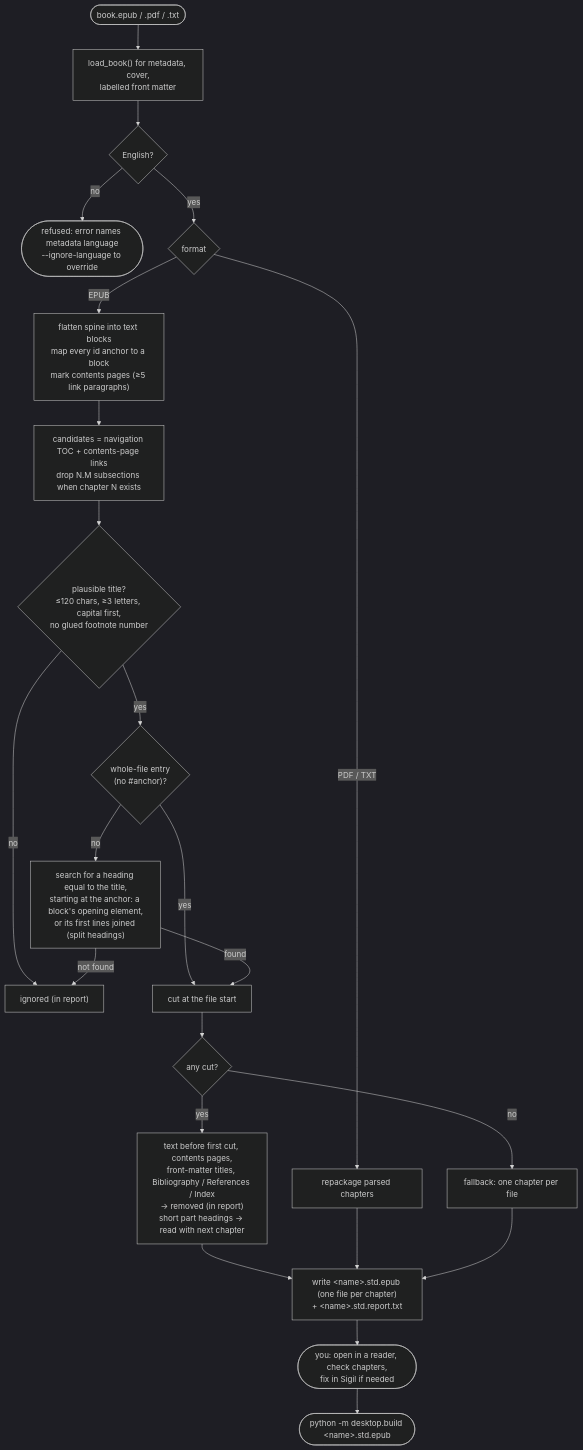
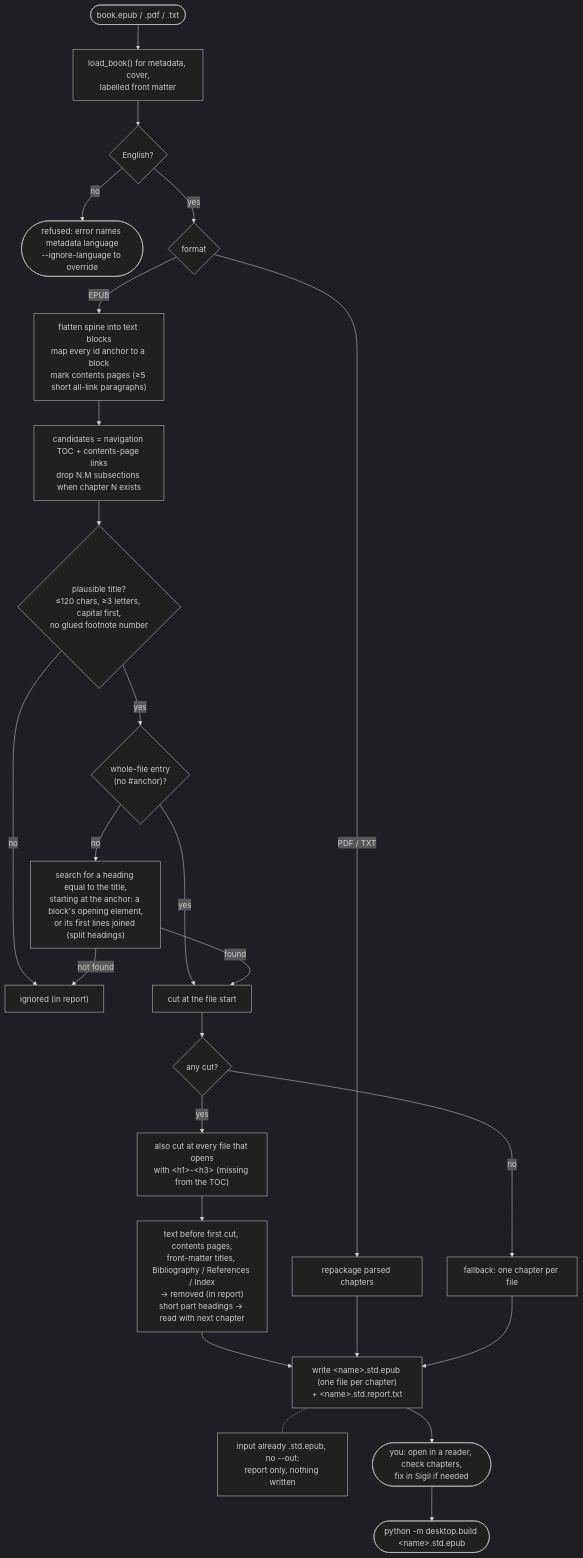
Before and after one commit to Fgkl10/ebook-convert-to-audio: the first of 6 diagrams in desktop/docs/workflow.md, drawn with Mermaid (dark theme). The commit also changed 4 other files, not shown here.

First line of the commit message:
Cleaner: keep chapters missing from sparse TOCs, repeated titles, endnotes

````diff
--- a/desktop/docs/workflow.md
+++ b/desktop/docs/workflow.md
@@ -7,25 +7,27 @@
 ```mermaid
 flowchart TD
     A([book.epub / .pdf / .txt]) --> L["load_book() for metadata, cover,<br/>labelled front matter"]
     L --> LANG{English?}
     LANG -- no --> X([refused: error names metadata language<br/>--ignore-language to override])
     LANG -- yes --> F{format}
     F -- "PDF / TXT" --> P["repackage parsed chapters"]
-    F -- EPUB --> B["flatten spine into text blocks<br/>map every id anchor to a block<br/>mark contents pages (≥5 link paragraphs)"]
+    F -- EPUB --> B["flatten spine into text blocks<br/>map every id anchor to a block<br/>mark contents pages (≥5 short all-link paragraphs)"]
     B --> C["candidates = navigation TOC + contents-page links<br/>drop N.M subsections when chapter N exists"]
     C --> D{"plausible title?<br/>≤120 chars, ≥3 letters, capital first,<br/>no glued footnote number"}
     D -- no --> IGN["ignored (in report)"]
     D -- yes --> E{"whole-file entry<br/>(no #anchor)?"}
     E -- yes --> CUT["cut at the file start"]
     E -- no --> H["search for a heading equal to the title,<br/>starting at the anchor: a block's opening element,<br/>or its first lines joined (split headings)"]
     H -- found --> CUT
     H -- "not found" --> IGN
     CUT --> G{"any cut?"}
     G -- no --> FB["fallback: one chapter per file"]
-    G -- yes --> R["text before first cut, contents pages,<br/>front-matter titles, Bibliography / References / Index<br/>→ removed (in report)<br/>short part headings → read with next chapter"]
+    G -- yes --> HF["also cut at every file that opens<br/>with &lt;h1&gt;-&lt;h3&gt; (missing from the TOC)"]
+    HF --> R["text before first cut, contents pages,<br/>front-matter titles, Bibliography / References / Index<br/>→ removed (in report)<br/>short part headings → read with next chapter"]
     R --> W
     P --> W
     FB --> W["write &lt;name&gt;.std.epub (one file per chapter)<br/>+ &lt;name&gt;.std.report.txt"]
+    W -.- KEEP["input already .std.epub, no --out:<br/>report only, nothing written"]
     W --> REV(["you: open in a reader, check chapters,<br/>fix in Sigil if needed"])
     REV --> BUILD(["python -m desktop.build &lt;name&gt;.std.epub"])
 ```
````
